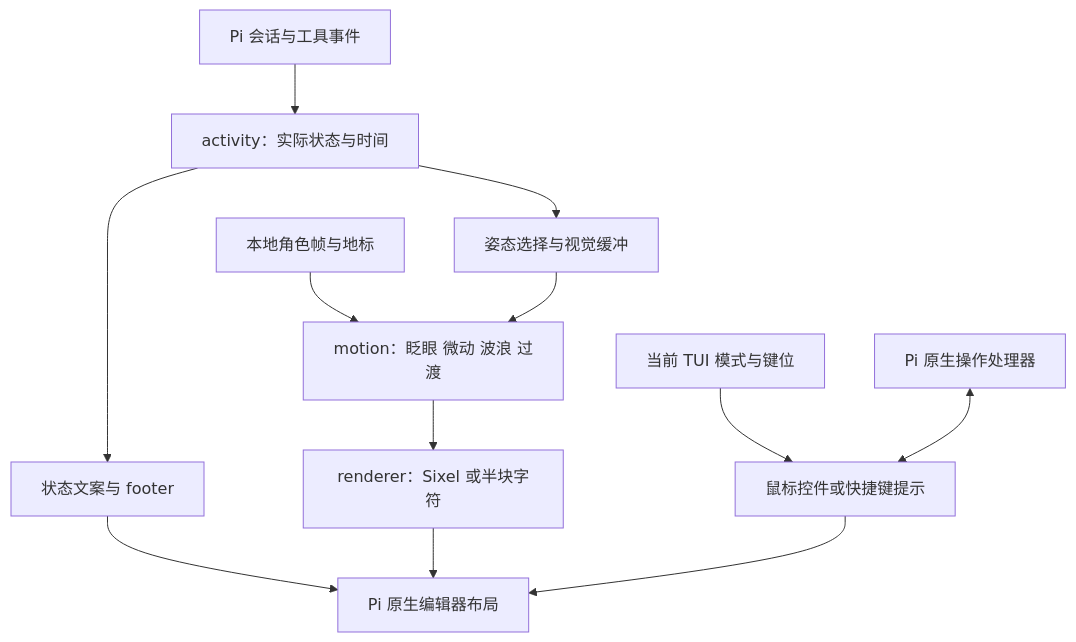
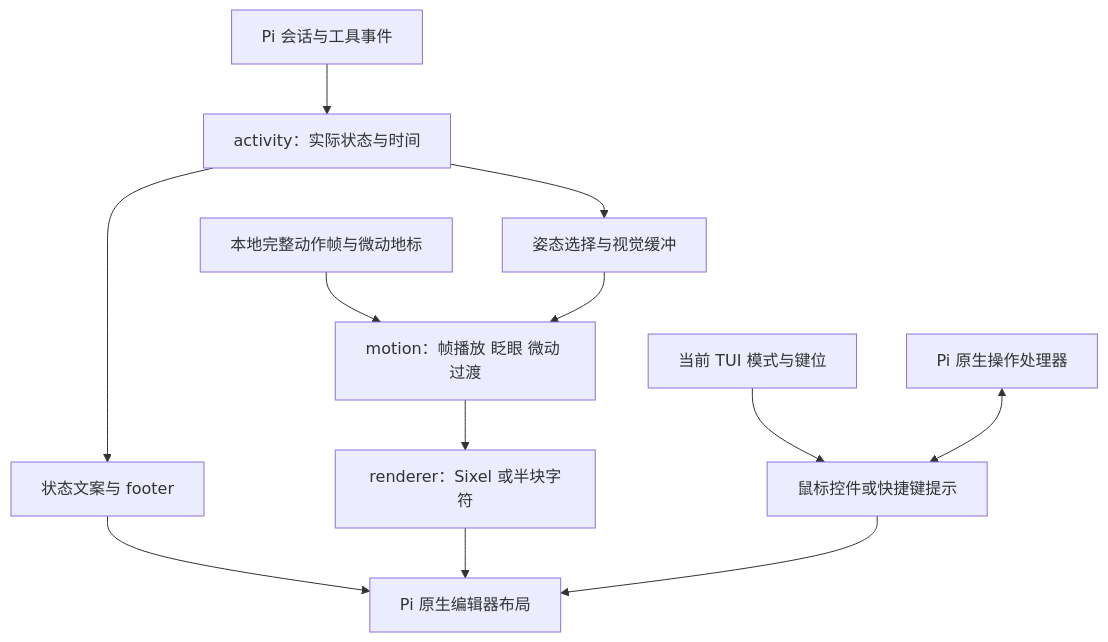
One commit to KouzakiUmi/pi-furry-partner changed the diagram in docs/architecture.md. Above: the diagram before and after it, drawn with Mermaid. The commit also changed other lines of this file and 319 other files, not shown here.

````diff
--- a/docs/architecture.md
+++ b/docs/architecture.md
@@ -9,14 +9,14 @@
 ```mermaid
 flowchart TD
   A[Pi 会话与工具事件] --> B[activity：实际状态与时间]
   B --> C[状态文案与 footer]
   B --> D[姿态选择与视觉缓冲]
-  E[本地角色帧与地标] --> F[motion：眨眼 微动 波浪 过渡]
+  E[本地完整动作帧与微动地标] --> F[motion：帧播放 眨眼 微动 过渡]
   D --> F
   F --> G[renderer：Sixel 或半块字符]
   C --> H[Pi 原生编辑器布局]
   G --> H
   I[当前 TUI 模式与键位] --> J[鼠标控件或快捷键提示]
   J --> H
   K[Pi 原生操作处理器] <--> J
 ```
````
